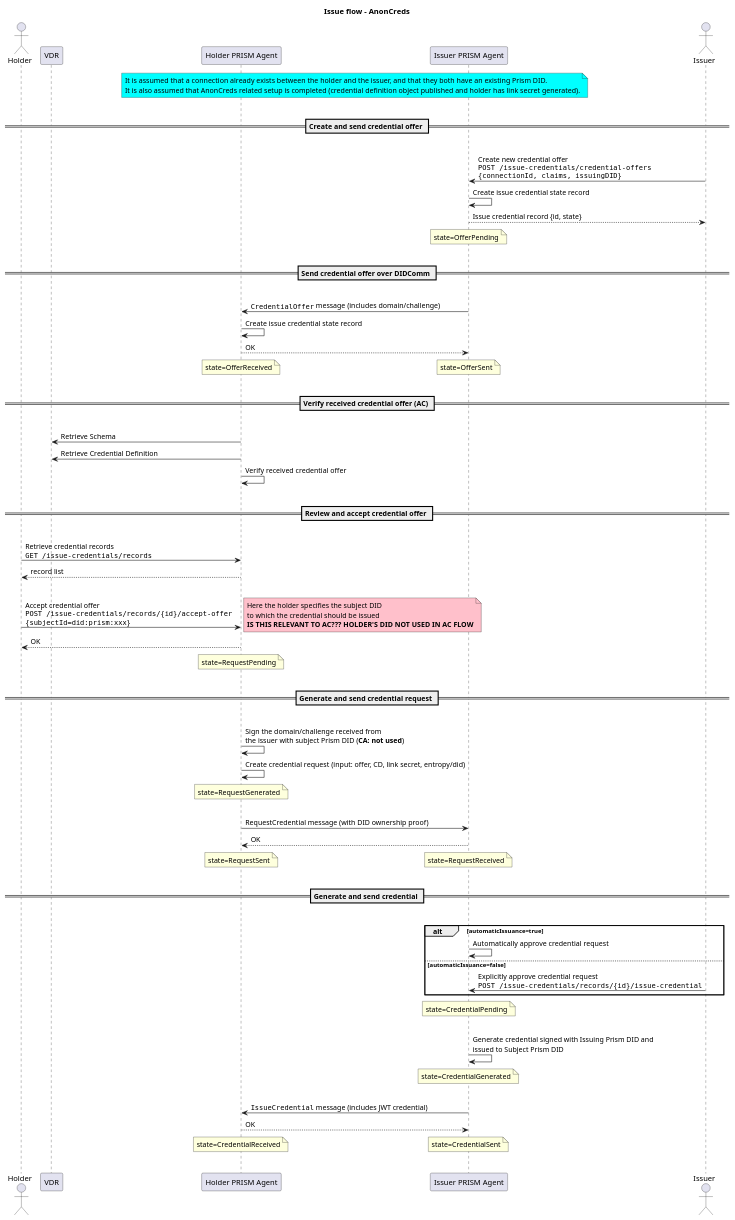
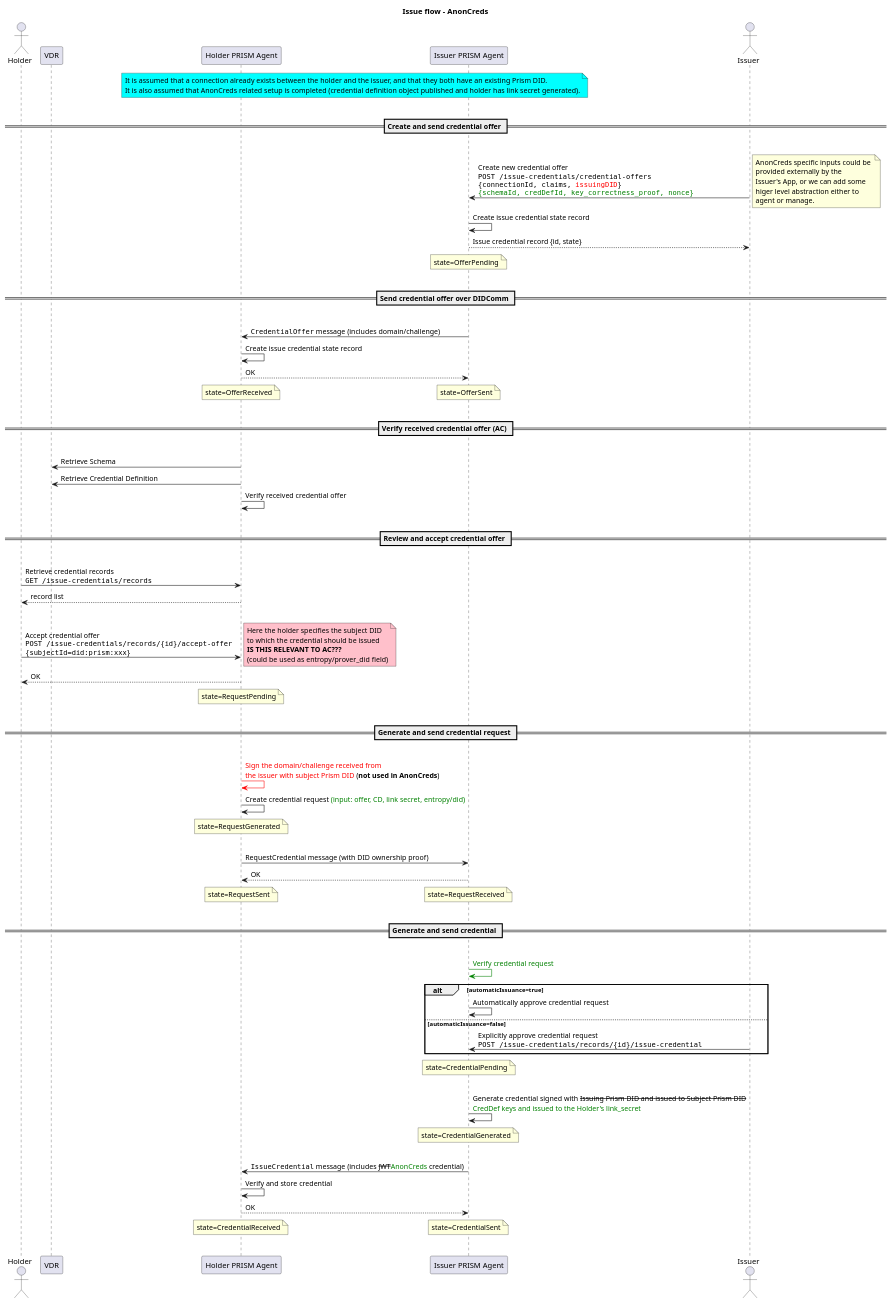
One commit to hyperledger/identus-cloud-agent changed the diagram in docs/docusaurus/credentials/anoncreds-issue-flow.puml. Above: the diagram before and after it, drawn with PlantUML.

Commit message:
anoncreds flows: update issue diagram

```diff
--- a/docs/docusaurus/credentials/anoncreds-issue-flow.puml
+++ b/docs/docusaurus/credentials/anoncreds-issue-flow.puml
@@ -1,79 +1,82 @@
 @startuml
 title Issue flow - AnonCreds
 
 actor Holder as holder
 participant VDR
 participant "Holder PRISM Agent" as holderAgent
 participant "Issuer PRISM Agent" as issuerAgent
 actor Issuer as issuer
 
 note over holderAgent, issuerAgent #aqua
     It is assumed that a connection already exists between the holder and the issuer, and that they both have an existing Prism DID.
     It is also assumed that AnonCreds related setup is completed (credential definition object published and holder has link secret generated).
 end note
 |||
 == Create and send credential offer ==
 |||
-issuer -> issuerAgent: Create new credential offer\n""POST /issue-credentials/credential-offers""\n""{connectionId, claims, issuingDID}""
+issuer -> issuerAgent: Create new credential offer\n""POST /issue-credentials/credential-offers""\n""{connectionId, claims, <color:red>issuingDID</color>}""\n<color:green>""{schemaId, credDefId, key_correctness_proof, nonce}""</color>
+note right: AnonCreds specific inputs could be \nprovided externally by the \nIssuer's App, or we can add some \nhiger level abstraction either to \nagent or manage.
 issuerAgent -> issuerAgent: Create issue credential state record
 issuerAgent --> issuer: Issue credential record {id, state}
 note over issuerAgent: state=OfferPending
 |||
 
 == Send credential offer over DIDComm ==
 |||
 issuerAgent -> holderAgent: ""CredentialOffer"" message (includes domain/challenge)
 holderAgent -> holderAgent: Create issue credential state record
 holderAgent --> issuerAgent: OK
 note over holderAgent: state=OfferReceived
 / note over issuerAgent: state=OfferSent
 |||
 
 == Verify received credential offer (AC) ==
 |||
 holderAgent -> VDR: Retrieve Schema
 holderAgent -> VDR: Retrieve Credential Definition
 holderAgent -> holderAgent: Verify received credential offer
 |||
 
 == Review and accept credential offer ==
 |||
 holder -> holderAgent: Retrieve credential records\n""GET /issue-credentials/records""
 holderAgent --> holder: record list
 |||
 holder -> holderAgent: Accept credential offer\n""POST /issue-credentials/records/{id}/accept-offer""\n""{subjectId=did:prism:xxx}""
-note right #pink: Here the holder specifies the subject DID\nto which the credential should be issued \n**IS THIS RELEVANT TO AC??? HOLDER'S DID NOT USED IN AC FLOW**
+note right #pink: Here the holder specifies the subject DID\nto which the credential should be issued \n**IS THIS RELEVANT TO AC???**\n(could be used as entropy/prover_did field)
 holderAgent --> holder: OK
 note over holderAgent: state=RequestPending
 |||
 
 == Generate and send credential request ==
 |||
-holderAgent -> holderAgent: Sign the domain/challenge received from\nthe issuer with subject Prism DID (**CA: not used**)
-holderAgent -> holderAgent: Create credential request (input: offer, CD, link secret, entropy/did)
+holderAgent -[#red]> holderAgent: <color:red>Sign the domain/challenge received from</color>\n<color:red>the issuer with subject Prism DID</color> (**not used in AnonCreds**)
+holderAgent -> holderAgent: Create credential request <color:green>(input: offer, CD, link secret, entropy/did)</color>
 note over holderAgent: state=RequestGenerated
 |||
 holderAgent -> issuerAgent: RequestCredential message (with DID ownership proof)
 issuerAgent --> holderAgent: OK
 note over holderAgent: state=RequestSent
 / note over issuerAgent: state=RequestReceived
 |||
 
 == Generate and send credential ==
 |||
+issuerAgent -[#green]>issuerAgent: <color:green>Verify credential request</color>
 alt automaticIssuance=true
 issuerAgent -> issuerAgent: Automatically approve credential request
 else automaticIssuance=false
 issuer -> issuerAgent: Explicitly approve credential request\n""POST /issue-credentials/records/{id}/issue-credential""
 end
 note over issuerAgent: state=CredentialPending
 |||
-issuerAgent -> issuerAgent: Generate credential signed with Issuing Prism DID and\nissued to Subject Prism DID
+issuerAgent -> issuerAgent: Generate credential signed with <s:red>Issuing Prism DID and issued to Subject Prism DID</s>\n<color:green>CredDef keys and issued to the Holder's link_secret</color>
 note over issuerAgent: state=CredentialGenerated
 |||
-issuerAgent -> holderAgent: ""IssueCredential"" message (includes JWT credential)
+issuerAgent -> holderAgent: ""IssueCredential"" message (includes <s:red>JWT</s><color:green>AnonCreds</color> credential)
+holderAgent -> holderAgent: Verify and store credential
 holderAgent --> issuerAgent: OK
 note over issuerAgent: state=CredentialSent
 / note over holderAgent: state=CredentialReceived
 |||
 @enduml
```
